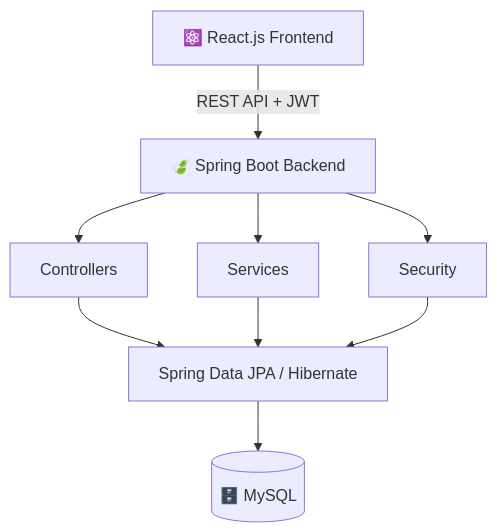
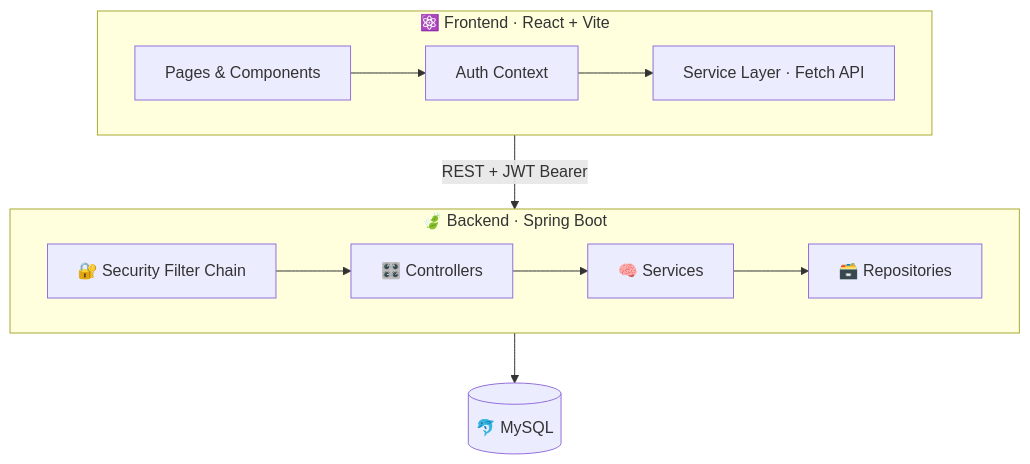
The first of 9 diagrams in README.md (Sahil2u47/smart_parking_system_frontend), drawn with Mermaid before and after one commit. The commit also changed other lines of this file, not shown here.

````diff
--- a/README.md
+++ b/README.md
@@ -116,11 +190,17 @@
 ```mermaid
-flowchart TD
-    A["⚛️ React.js Frontend"] -->|"REST API + JWT"| B["🍃 Spring Boot Backend"]
-    B --> C["Controllers"]
-    B --> D["Services"]
-    B --> E["Security"]
-    C --> F["Spring Data JPA / Hibernate"]
-    D --> F
-    E --> F
-    F --> G[("🗄️ MySQL")]
+flowchart TB
+    subgraph FE["⚛️ Frontend · React + Vite"]
+        direction LR
+        P["Pages & Components"] --> CX["Auth Context"] --> SV["Service Layer · Fetch API"]
+    end
+
+    subgraph BE["🍃 Backend · Spring Boot"]
+        direction LR
+        SEC["🔐 Security Filter Chain"] --> CT["🎛️ Controllers"] --> SR["🧠 Services"] --> RP["🗃️ Repositories"]
+    end
+
+    DB[("🐬 MySQL")]
+
+    SV -->|"REST + JWT Bearer"| SEC
+    RP --> DB
 ```
````
